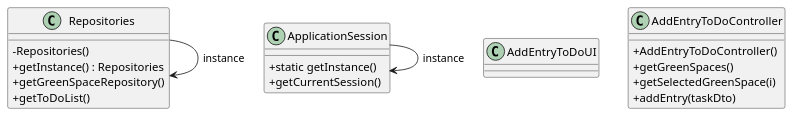
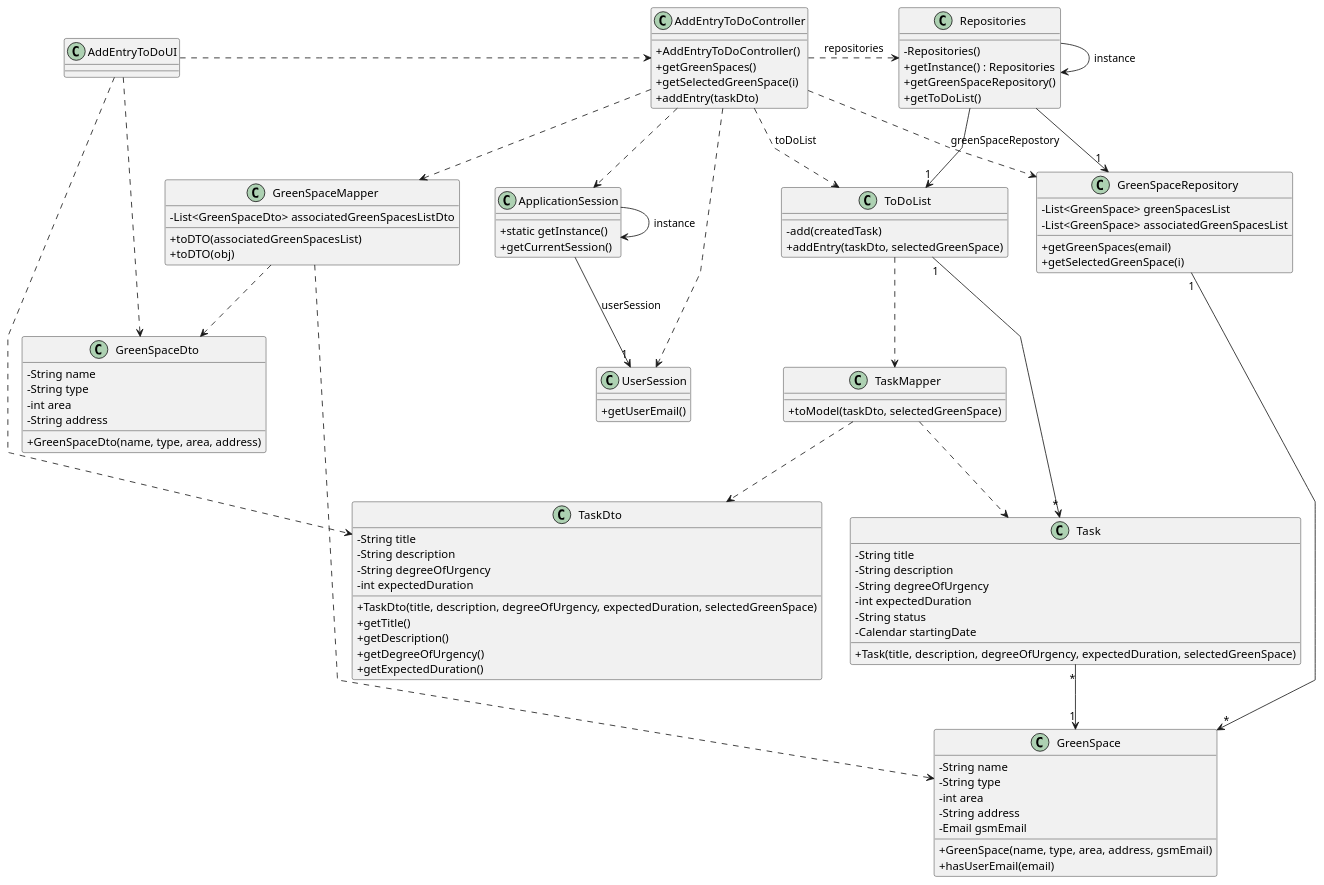
Before and after one commit to Departamento-de-Engenharia-Informatica/lei-24-s2-1dm-g132: the diagram in docs/sprintC/us021/03.design/puml/us021-class-diagram.puml, drawn with PlantUML. The commit also changed 3 other files, not shown here.

Commit message:
US21 class diagram done

```diff
--- a/docs/sprintC/us021/03.design/puml/us021-class-diagram.puml
+++ b/docs/sprintC/us021/03.design/puml/us021-class-diagram.puml
@@ -1,42 +1,147 @@
 @startuml
 'skinparam monochrome true
 skinparam packageStyle rectangle
 skinparam shadowing false
 skinparam linetype polyline
 'skinparam linetype orto
 
 skinparam classAttributeIconSize 0
 
 'left to right direction
 
 class AddEntryToDoUI
 {
 
 }
 
 class AddEntryToDoController
 {
     + AddEntryToDoController()
     + getGreenSpaces()
     + getSelectedGreenSpace(i)
     + addEntry(taskDto)
 }
 
 class ApplicationSession
 {
     + static getInstance()
     + getCurrentSession()
 }
 
-class Repositories {
+class Repositories
+{
     - Repositories()
     + getInstance() : Repositories
     + getGreenSpaceRepository()
     + getToDoList()
 }
 
+class UserSession
+{
+    + getUserEmail()
+}
+
+class GreenSpaceRepository
+{
+    - List<GreenSpace> greenSpacesList
+    - List<GreenSpace> associatedGreenSpacesList
+    + getGreenSpaces(email)
+    + getSelectedGreenSpace(i)
+}
+
+class GreenSpace
+{
+    - String name
+    - String type
+    - int area
+    - String address
+    - Email gsmEmail
+    + GreenSpace(name, type, area, address, gsmEmail)
+    + hasUserEmail(email)
+}
+
+class GreenSpaceMapper
+{
+    - List<GreenSpaceDto> associatedGreenSpacesListDto
+    + toDTO(associatedGreenSpacesList)
+    + toDTO(obj)
+}
+
+class GreenSpaceDto
+{
+    - String name
+    - String type
+    - int area
+    - String address
+    + GreenSpaceDto(name, type, area, address)
+}
+
+class ToDoList
+{
+    - add(createdTask)
+    + addEntry(taskDto, selectedGreenSpace)
+}
+
+class Task
+{
+    - String title
+    - String description
+    - String degreeOfUrgency
+    - int expectedDuration
+    - String status
+    - Calendar startingDate
+    + Task(title, description, degreeOfUrgency, expectedDuration, selectedGreenSpace)
+}
+
+class TaskMapper
+{
+    + toModel(taskDto, selectedGreenSpace)
+}
+
+class TaskDto
+{
+    - String title
+    - String description
+    - String degreeOfUrgency
+    - int expectedDuration
+    + TaskDto(title, description, degreeOfUrgency, expectedDuration, selectedGreenSpace)
+    + getTitle()
+    + getDescription()
+    + getDegreeOfUrgency()
+    + getExpectedDuration()
+}
+
 
 Repositories -> Repositories : instance
 ApplicationSession -> ApplicationSession : instance
 
+AddEntryToDoUI .> AddEntryToDoController
+AddEntryToDoUI ..> GreenSpaceDto
+AddEntryToDoUI ..> TaskDto
+
+AddEntryToDoController .> Repositories : repositories
+
+Repositories -> "1" GreenSpaceRepository
+Repositories -> "1" ToDoList
+
+AddEntryToDoController ..> GreenSpaceRepository : greenSpaceRepostory
+AddEntryToDoController ..> ToDoList : toDoList
+AddEntryToDoController ..> ApplicationSession
+AddEntryToDoController ..> UserSession
+AddEntryToDoController ..> GreenSpaceMapper
+
+ApplicationSession --> "1" UserSession : userSession
+
+GreenSpaceRepository "1" --> "*" GreenSpace
+ToDoList "1" --> "*" Task
+"Task" "*" --> "1" GreenSpace
+
+ToDoList ..> TaskMapper
+
+TaskMapper ..> TaskDto
+TaskMapper ..> Task
+
+GreenSpaceMapper ..> GreenSpaceDto
+GreenSpaceMapper ..> GreenSpace
+
 @enduml
```
